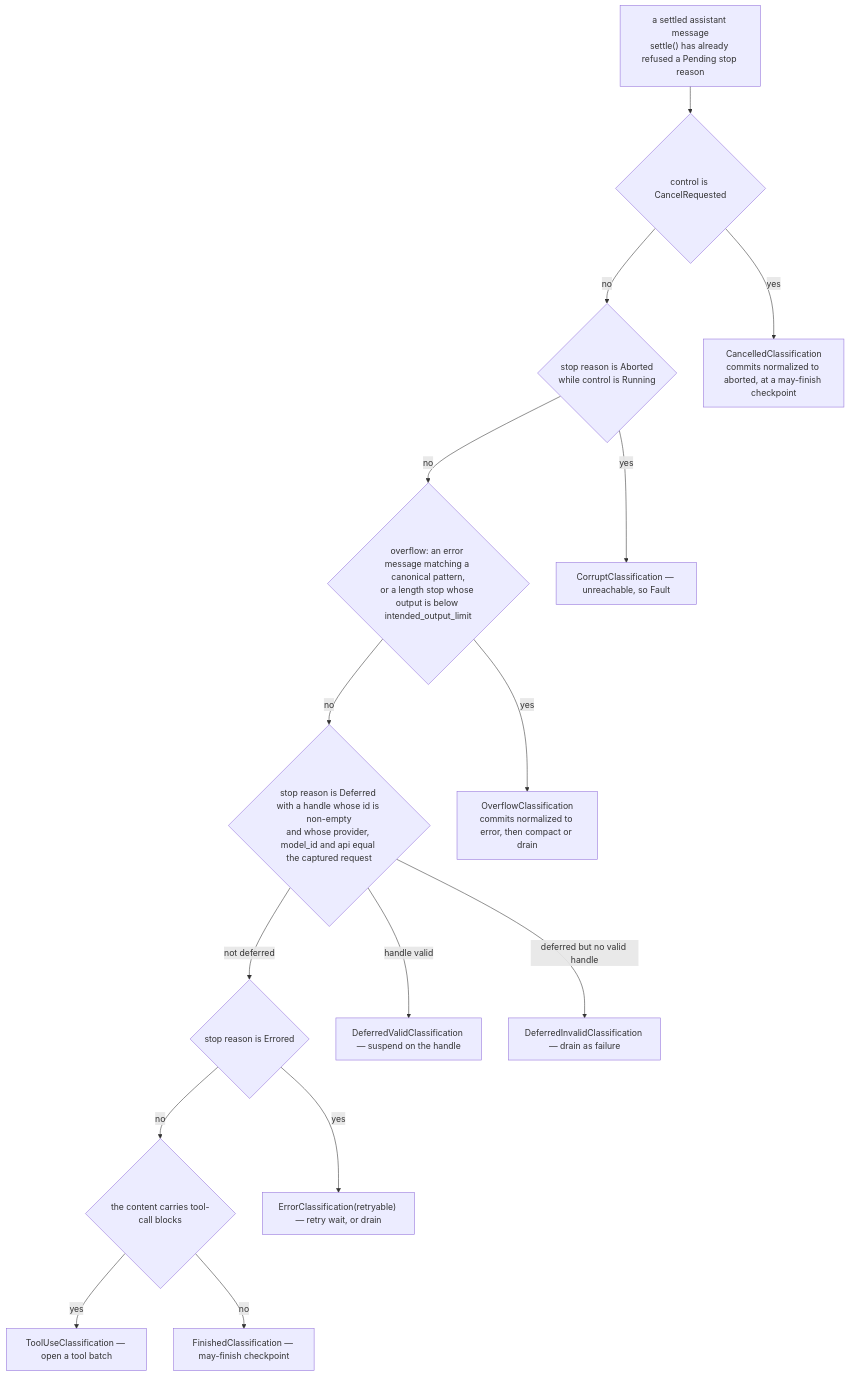
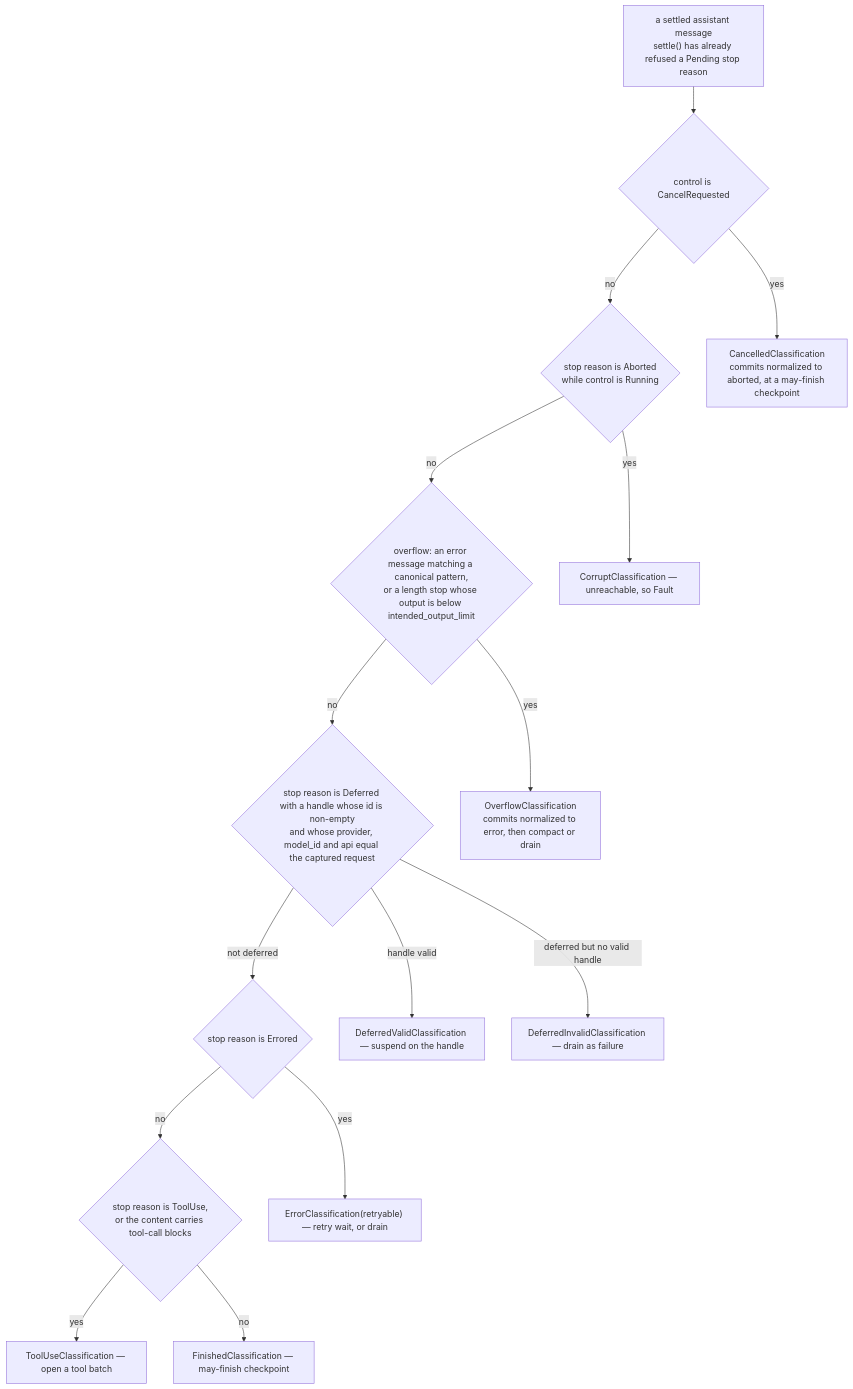
The fourth of 5 diagrams in packages/machine/README.md (Roasbeef/loom), drawn with Mermaid before and after one commit. The commit also changed other lines of this file, not shown here.

````diff
--- a/packages/machine/README.md
+++ b/packages/machine/README.md
@@ -210,25 +240,25 @@
 ```mermaid
 flowchart TD
     IN["a settled assistant message<br/>settle() has already refused a Pending stop reason"]
     C0{"control is CancelRequested"}
     CX{"stop reason is Aborted<br/>while control is Running"}
     C2{"overflow: an error message matching a canonical pattern,<br/>or a length stop whose output is below intended_output_limit"}
     C3{"stop reason is Deferred with a handle whose id is non-empty<br/>and whose provider, model_id and api equal the captured request"}
     C4{"stop reason is Errored"}
-    C5{"the content carries tool-call blocks"}
+    C5{"stop reason is ToolUse,<br/>or the content carries tool-call blocks"}
 
     IN --> C0
     C0 -->|yes| A0["CancelledClassification<br/>commits normalized to aborted, at a may-finish checkpoint"]
     C0 -->|no| CX
     CX -->|yes| AX["CorruptClassification — unreachable, so Fault"]
     CX -->|no| C2
     C2 -->|yes| A2["OverflowClassification<br/>commits normalized to error, then compact or drain"]
     C2 -->|no| C3
     C3 -->|handle valid| A3["DeferredValidClassification — suspend on the handle"]
     C3 -->|deferred but no valid handle| A3B["DeferredInvalidClassification — drain as failure"]
     C3 -->|not deferred| C4
     C4 -->|yes| A4["ErrorClassification(retryable) — retry wait, or drain"]
     C4 -->|no| C5
     C5 -->|yes| A5["ToolUseClassification — open a tool batch"]
     C5 -->|no| A6["FinishedClassification — may-finish checkpoint"]
 ```
````
